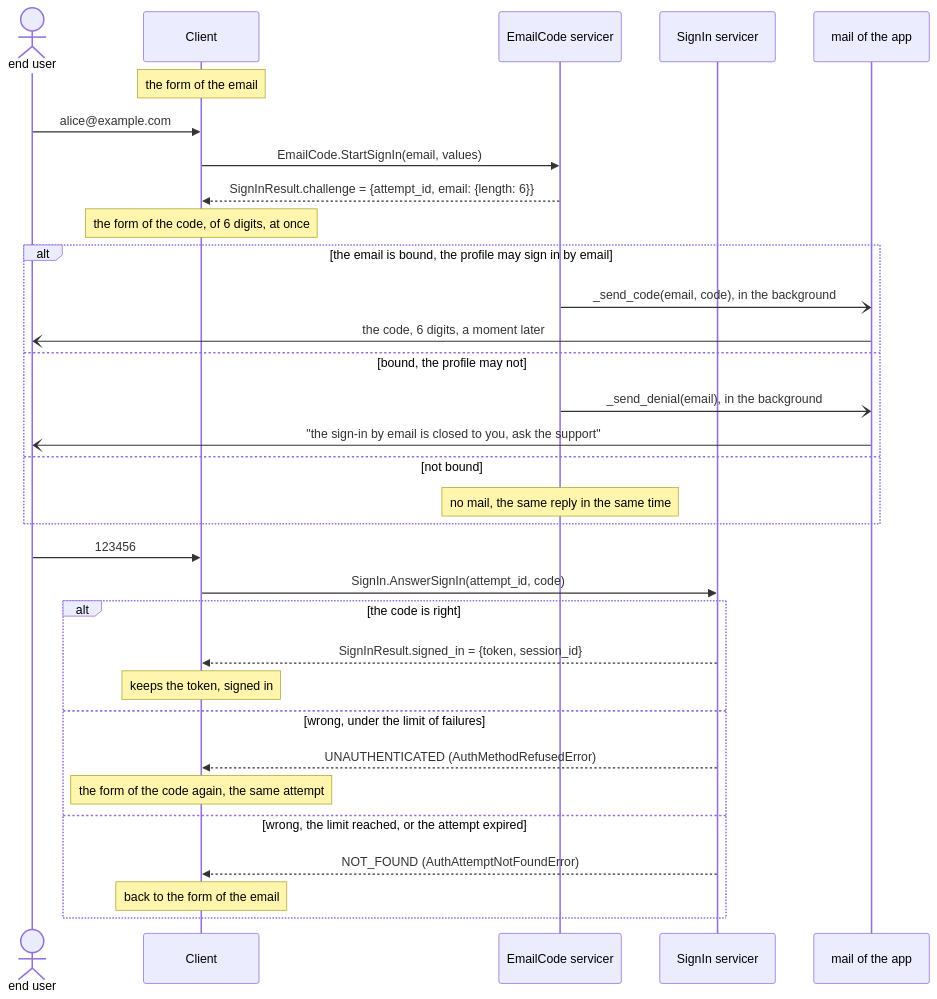
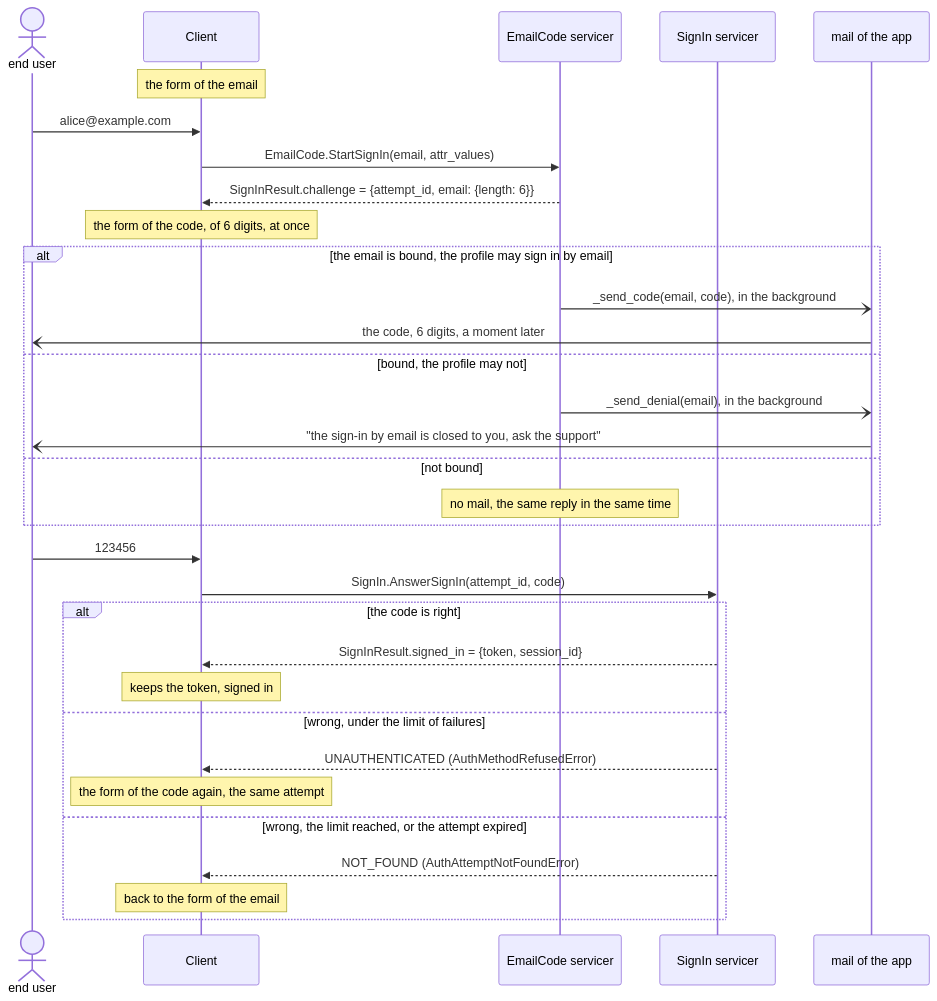
The first of 2 diagrams in docs/design/auth/methods/email-code.md (ak-ingots/ingots-libs), drawn with Mermaid before and after one commit. The commit also changed other lines of this file and 8 other files, not shown here.

````diff
--- a/docs/design/auth/methods/email-code.md
+++ b/docs/design/auth/methods/email-code.md
@@ -46,34 +46,34 @@
 ```mermaid
 sequenceDiagram
     actor User as end user
     participant Client
     participant Server as EmailCode servicer
     participant Flow as SignIn servicer
     participant Mail as mail of the app
     Note over Client: the form of the email
     User->>Client: alice@example.com
-    Client->>Server: EmailCode.StartSignIn(email, values)
+    Client->>Server: EmailCode.StartSignIn(email, attr_values)
     Server-->>Client: SignInResult.challenge = {attempt_id, email: {length: 6}}
     Note over Client: the form of the code, of 6 digits, at once
     alt the email is bound, the profile may sign in by email
         Server-)Mail: _send_code(email, code), in the background
         Mail-)User: the code, 6 digits, a moment later
     else bound, the profile may not
         Server-)Mail: _send_denial(email), in the background
         Mail-)User: "the sign-in by email is closed to you, ask the support"
     else not bound
         Note over Server: no mail, the same reply in the same time
     end
     User->>Client: 123456
     Client->>Flow: SignIn.AnswerSignIn(attempt_id, code)
     alt the code is right
         Flow-->>Client: SignInResult.signed_in = {token, session_id}
         Note over Client: keeps the token, signed in
     else wrong, under the limit of failures
         Flow-->>Client: UNAUTHENTICATED (AuthMethodRefusedError)
         Note over Client: the form of the code again, the same attempt
     else wrong, the limit reached, or the attempt expired
         Flow-->>Client: NOT_FOUND (AuthAttemptNotFoundError)
         Note over Client: back to the form of the email
     end
 ```
````
